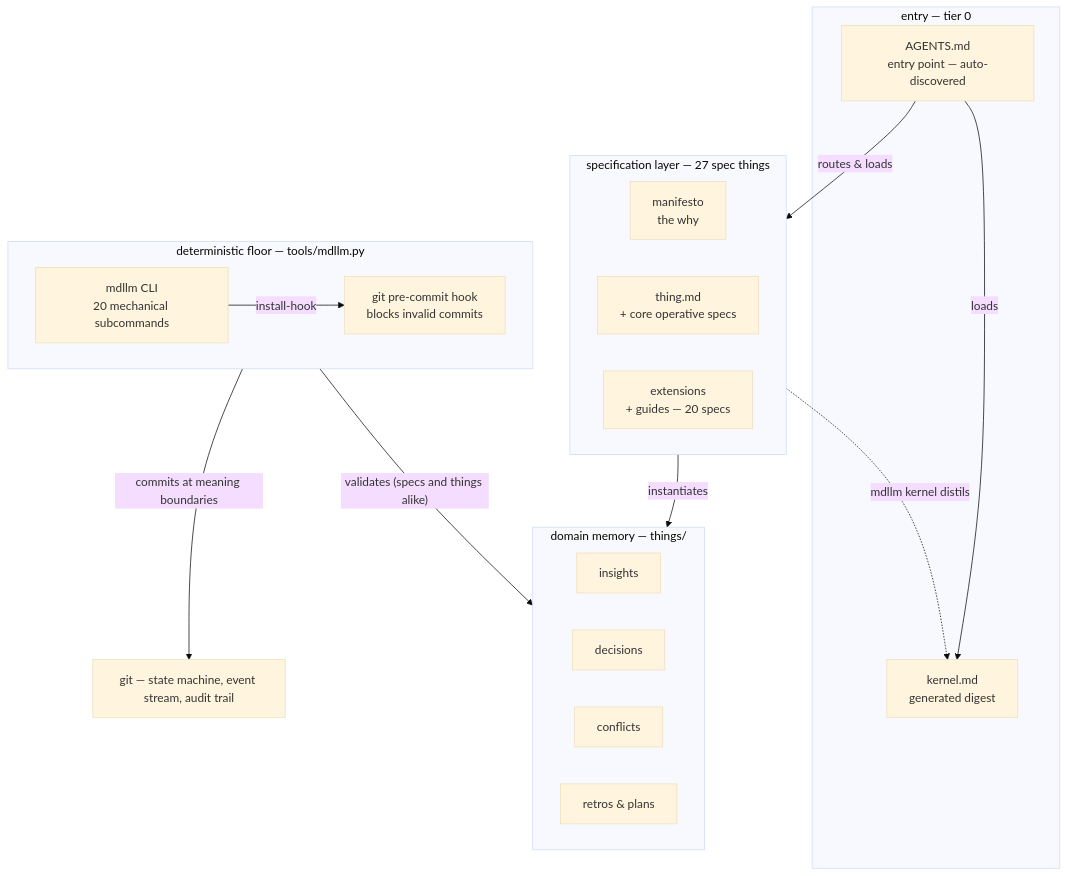
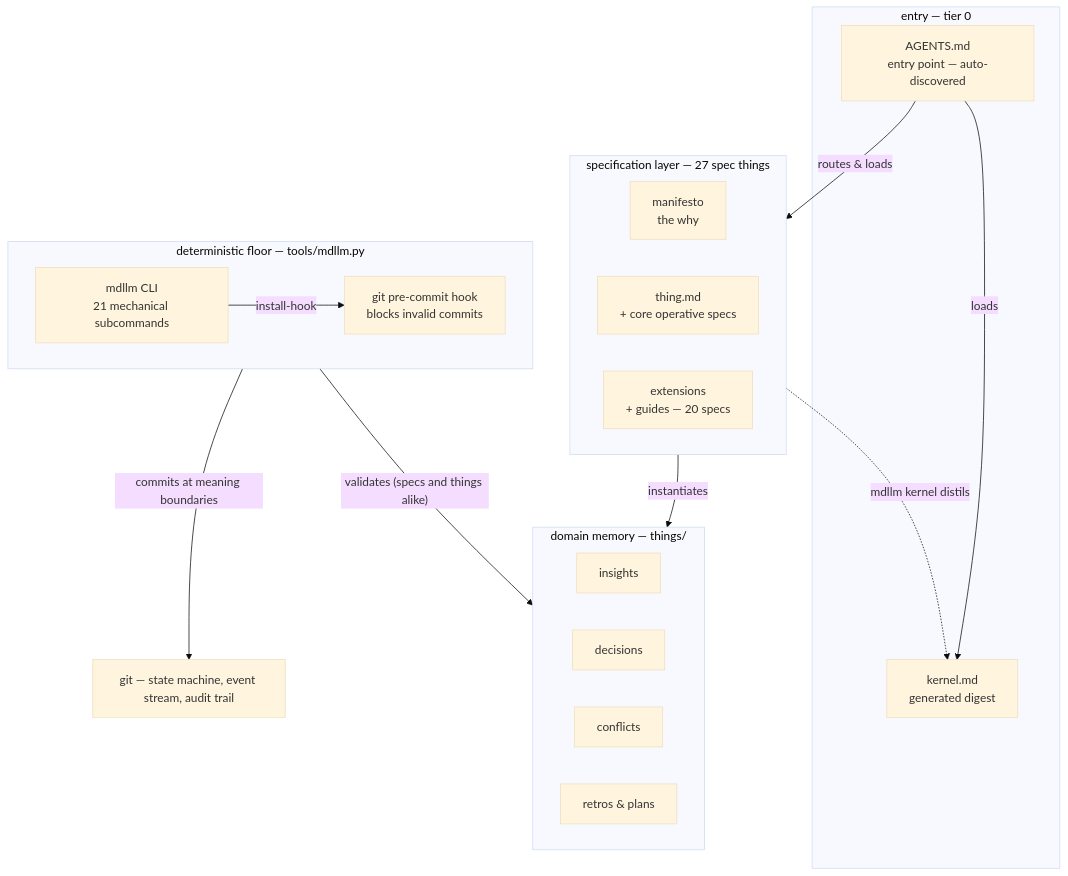
Before and after one commit to JanoshMoshiri/MarkdownLLM: the first of 3 diagrams in docs/framework-map.md, drawn with Mermaid (base theme). The commit also changed other lines of this file and 2 other files, not shown here.

````diff
--- a/docs/framework-map.md
+++ b/docs/framework-map.md
@@ -53,31 +53,31 @@
 ```mermaid
 flowchart TD
     subgraph entry ["entry — tier 0"]
         AGENTS["AGENTS.md<br/>entry point — auto-discovered"]
         KERNEL["kernel.md<br/>generated digest"]
     end
     subgraph specs ["specification layer — 27 spec things"]
         MANIFESTO["manifesto<br/>the why"]
         THING["thing.md<br/>+ core operative specs"]
         EXT["extensions<br/>+ guides — 20 specs"]
     end
     subgraph memory ["domain memory — things/"]
         INSIGHTS["insights"]
         DECISIONS["decisions"]
         CONFLICTS["conflicts"]
         RETROS["retros & plans"]
     end
     subgraph floor ["deterministic floor — tools/mdllm.py"]
-        MDLLM["mdllm CLI<br/>20 mechanical subcommands"]
+        MDLLM["mdllm CLI<br/>21 mechanical subcommands"]
         HOOK["git pre-commit hook<br/>blocks invalid commits"]
     end
     GIT["git — state machine, event stream, audit trail"]
 
     AGENTS -->|loads| KERNEL
     AGENTS -->|routes & loads| specs
     specs -.->|"mdllm kernel distils"| KERNEL
     specs -->|instantiates| memory
     MDLLM -->|install-hook| HOOK
     floor -->|"validates (specs and things alike)"| memory
     floor -->|commits at meaning boundaries| GIT
 ```
````
